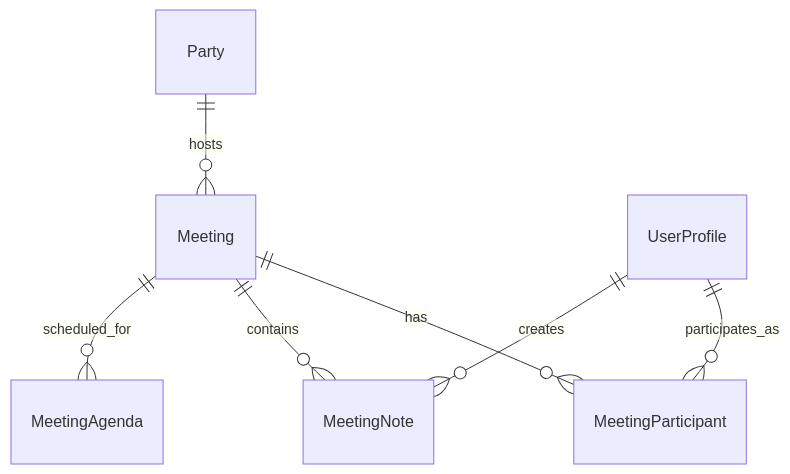
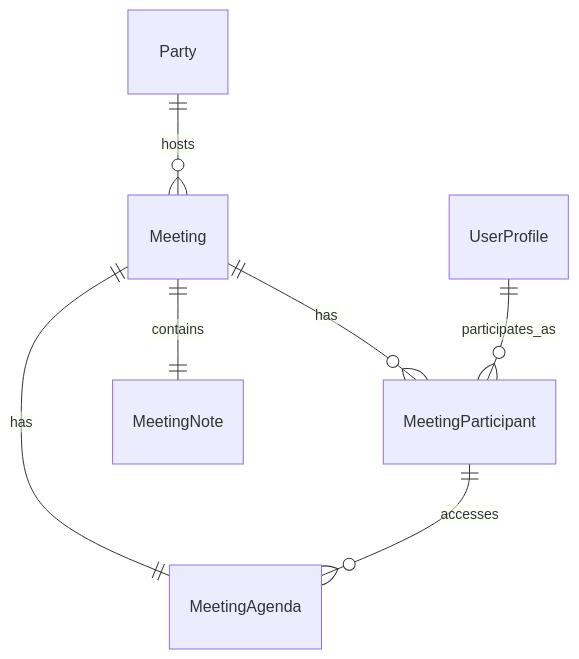
Before and after one commit to FA25SE050-RogueLearn/RogueLearn.BMAD.Documentation: the diagram in mermaid-diagrams/erd/meeting-service-erd.md, drawn with Mermaid. The commit also changed 6 other files, not shown here.

````diff
--- a/mermaid-diagrams/erd/meeting-service-erd.md
+++ b/mermaid-diagrams/erd/meeting-service-erd.md
@@ -5,9 +5,9 @@
 ```mermaid
 erDiagram
-    Meeting ||--o{ MeetingParticipant : "has"
-    Meeting ||--o{ MeetingNote : "contains"
-    Meeting ||--o{ MeetingAgenda : "scheduled_for"
-    Party ||--o{ Meeting : "hosts"
-    UserProfile ||--o{ MeetingParticipant : "participates_as"
-    UserProfile ||--o{ MeetingNote : "creates"
+    Meeting ||--|| MeetingAgenda : has
+    Meeting ||--|| MeetingNote : contains
+    Party ||--o{ Meeting : hosts
+    UserProfile ||--o{ MeetingParticipant : participates_as
+    Meeting ||--o{ MeetingParticipant : has
+    MeetingParticipant ||--o{ MeetingAgenda : accesses
 ```
````
